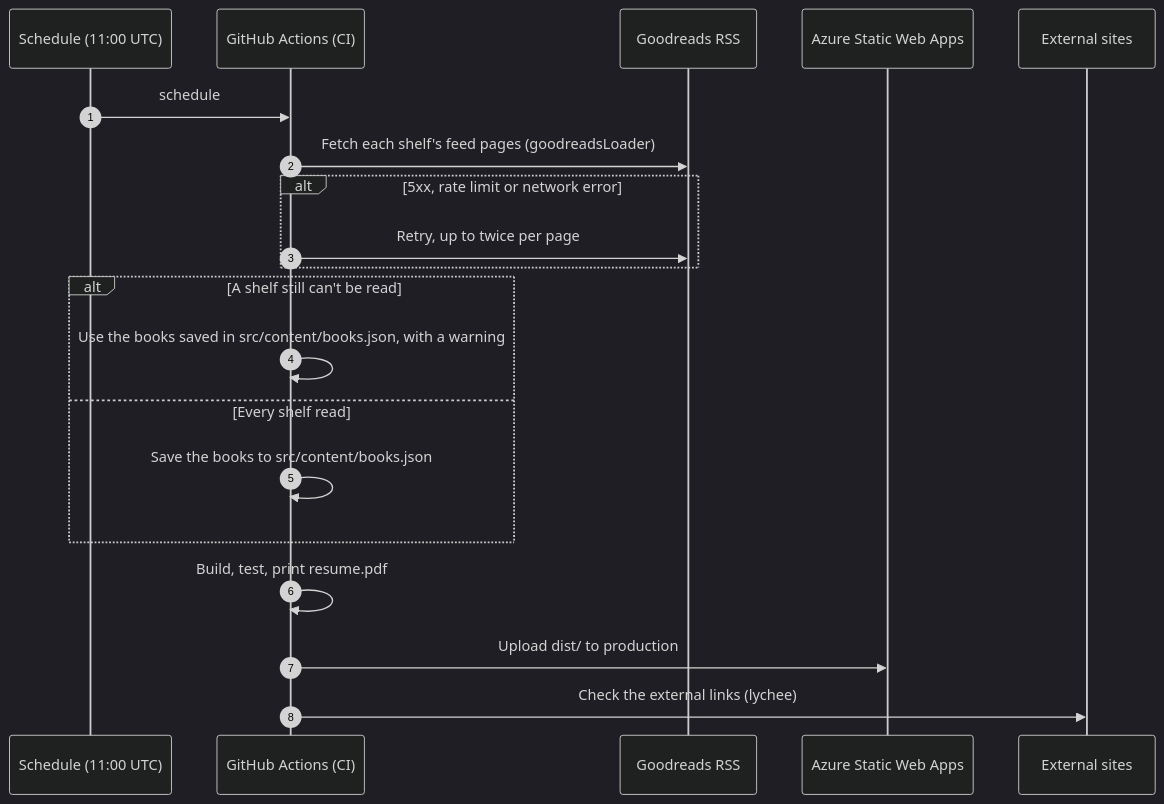
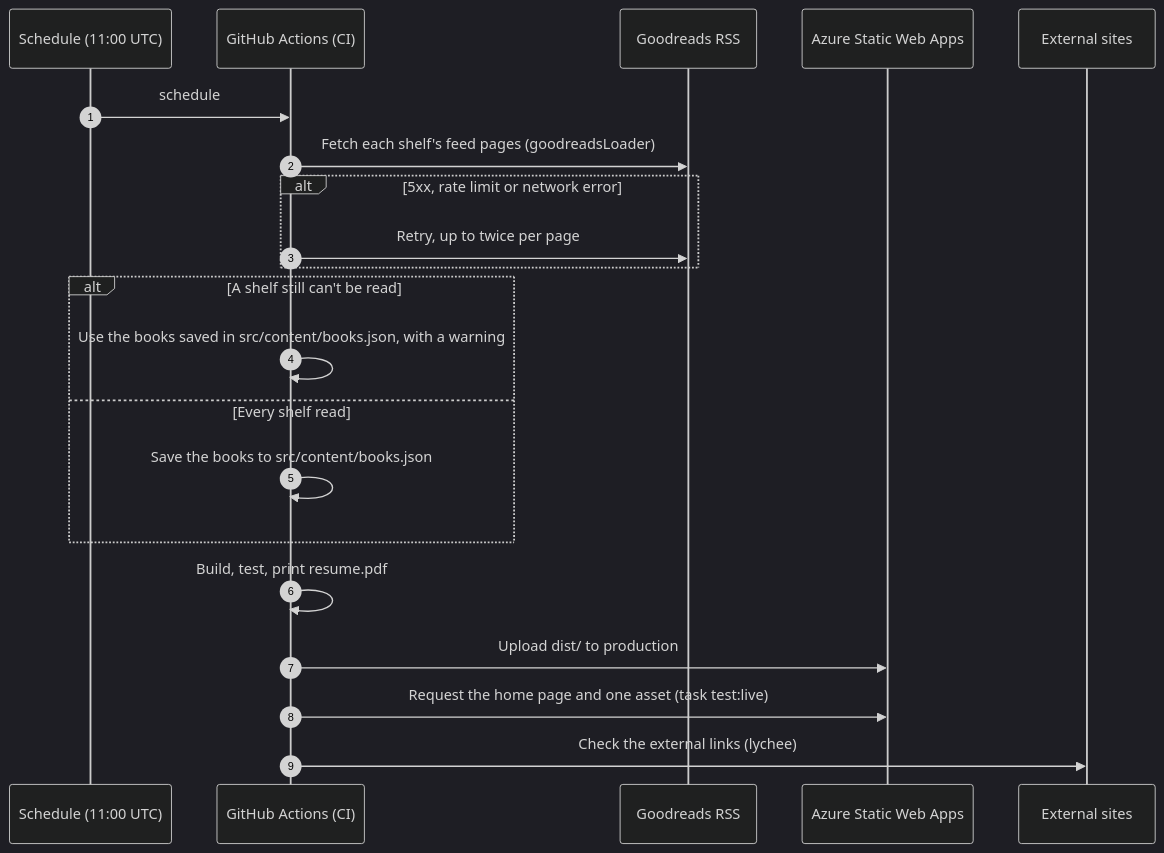
Before and after one commit to jimmykurian/personal-site: the third of 4 diagrams in docs/architecture/flows.md, drawn with Mermaid (dark theme). The commit also changed other lines of this file and 10 other files, not shown here.

First line of the commit message:
ci(swa): check the live site after each production deploy (#54)

````diff
--- a/docs/architecture/flows.md
+++ b/docs/architecture/flows.md
@@ -79,23 +79,24 @@
 ```mermaid
 sequenceDiagram
     autonumber
     participant Cron as Schedule (11:00 UTC)
     participant CI as GitHub Actions (CI)
     participant GR as Goodreads RSS
     participant SWA as Azure Static Web Apps
     participant Web as External sites
 
     Cron->>CI: schedule
     CI->>GR: Fetch each shelf's feed pages (goodreadsLoader)
     alt 5xx, rate limit or network error
         CI->>GR: Retry, up to twice per page
     end
     alt A shelf still can't be read
         CI->>CI: Use the books saved in src/content/books.json, with a warning
     else Every shelf read
         CI->>CI: Save the books to src/content/books.json
     end
     CI->>CI: Build, test, print resume.pdf
     CI->>SWA: Upload dist/ to production
+    CI->>SWA: Request the home page and one asset (task test:live)
     CI->>Web: Check the external links (lychee)
 ```
````
